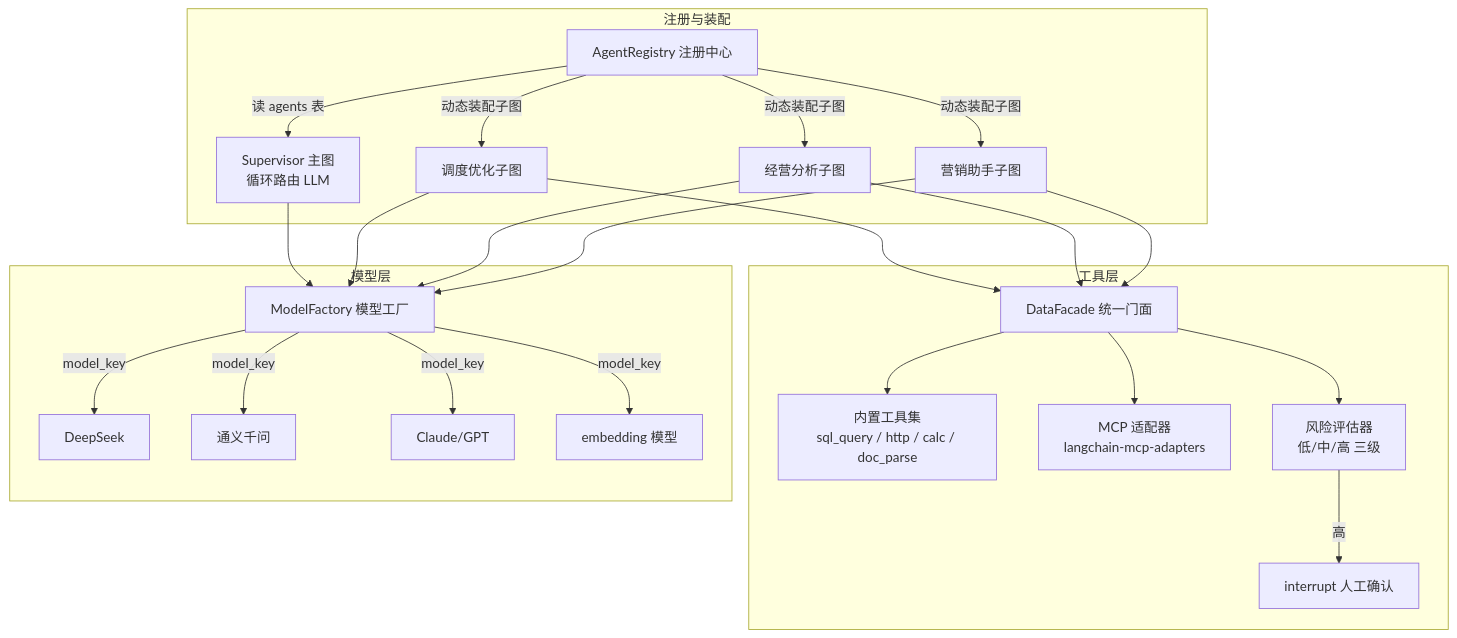
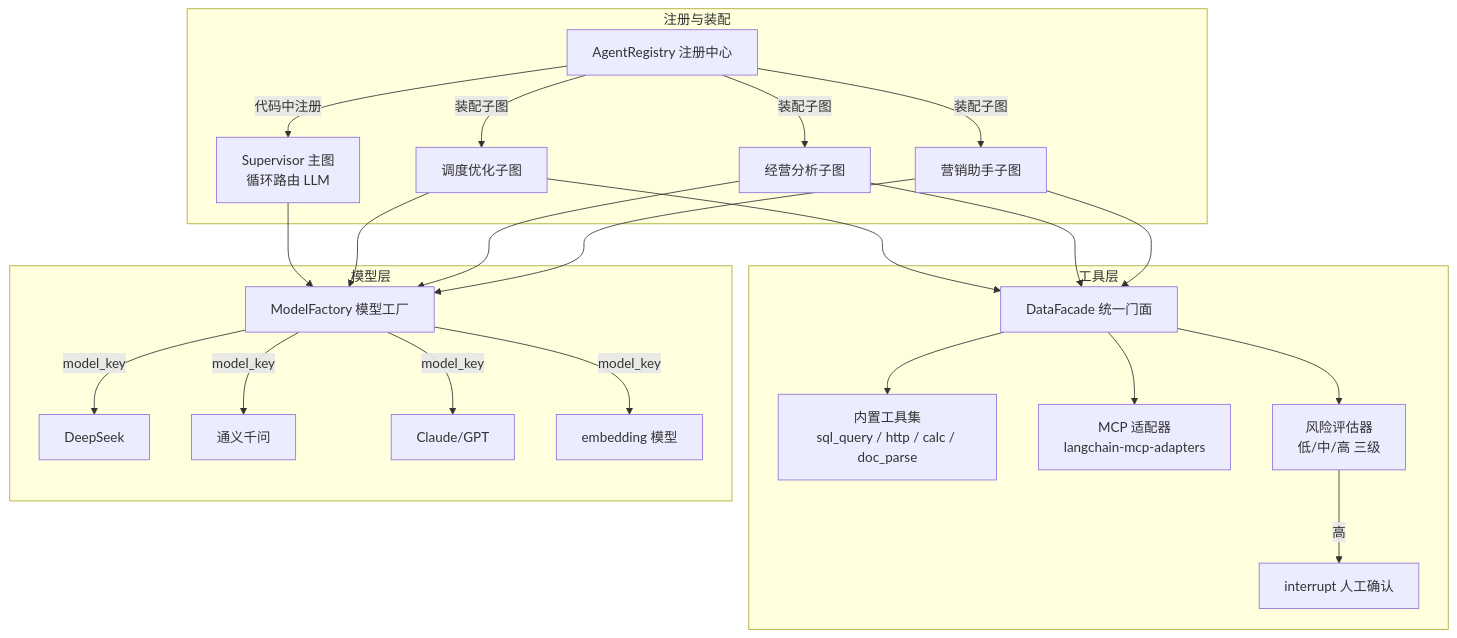
The sixth of 6 diagrams in docs/superpowers/specs/2026-07-31-multi-agent-memory-system-design.md (bi8bo-bubblegum/yunshu-agent-2), drawn with Mermaid before and after one commit. The commit also changed other lines of this file and 144 other files, not shown here.

````diff
--- a/docs/superpowers/specs/2026-07-31-multi-agent-memory-system-design.md
+++ b/docs/superpowers/specs/2026-07-31-multi-agent-memory-system-design.md
@@ -240,31 +239,31 @@
 ```mermaid
 flowchart TD
     subgraph 注册与装配
-        REG[AgentRegistry 注册中心] --> |读 agents 表| SYS["Supervisor 主图<br/>循环路由 LLM"]
-        REG --> |动态装配子图| A1[营销助手子图]
-        REG --> |动态装配子图| A2[经营分析子图]
-        REG --> |动态装配子图| A3[调度优化子图]
+        REG[AgentRegistry 注册中心] --> |代码中注册| SYS["Supervisor 主图<br/>循环路由 LLM"]
+        REG --> |装配子图| A1[营销助手子图]
+        REG --> |装配子图| A2[经营分析子图]
+        REG --> |装配子图| A3[调度优化子图]
     end
 
     subgraph 工具层
         FAC[DataFacade 统一门面] --> BT[内置工具集<br/>sql_query / http / calc / doc_parse]
         FAC --> MC[MCP 适配器<br/>langchain-mcp-adapters]
         FAC --> RISK[风险评估器<br/>低/中/高 三级]
         RISK -->|高| HITL[interrupt 人工确认]
     end
 
     subgraph 模型层
         MOD[ModelFactory 模型工厂] --> |model_key| M1[DeepSeek]
         MOD --> |model_key| M2[通义千问]
         MOD --> |model_key| M3[Claude/GPT]
         MOD --> |model_key| E1[embedding 模型]
     end
 
     A1 --> FAC
     A2 --> FAC
     A3 --> FAC
     A1 --> MOD
     A2 --> MOD
     A3 --> MOD
     SYS --> MOD
 ```
````
